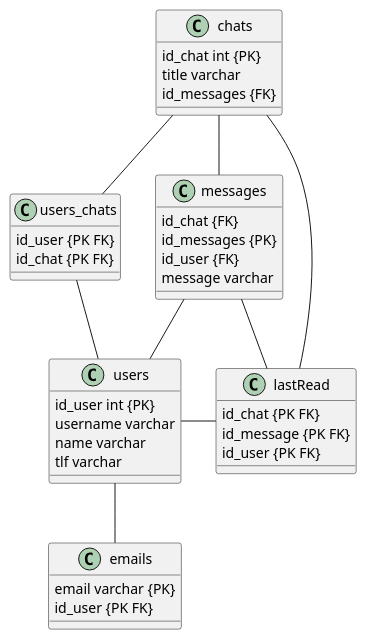
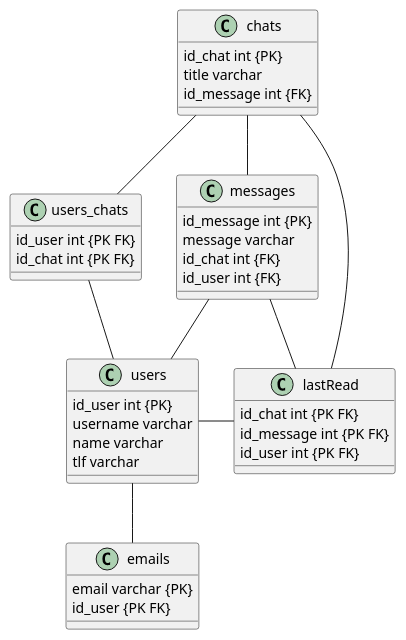
Before and after one commit to freebattie/pg209exam-freebattie: the diagram in documentation/db_ER-model.puml, drawn with PlantUML. The commit also changed 11 other files, not shown here.

```diff
--- a/documentation/db_ER-model.puml
+++ b/documentation/db_ER-model.puml
@@ -1,52 +1,52 @@
 @startuml
 'https://plantuml.com/class-diagram
 
 chats  --  users_chats
 chats -- messages
 chats --- lastRead
 
 users_chats -- users
 
 messages -- users
 messages -- lastRead
 
 users - lastRead
 users -- emails
 
 class chats{
     id_chat int {PK}
     title varchar
-    id_messages {FK}
+    id_message int {FK}
 }
 
 class users_chats{
-    id_user {PK FK}
-    id_chat {PK FK}
+    id_user int {PK FK}
+    id_chat int {PK FK}
 }
 
 class messages {
-    id_chat {FK}
-    id_messages {PK}
-    id_user {FK}
+    id_message int {PK}
     message varchar
+    id_chat int {FK}
+    id_user int {FK}
 }
 
 class lastRead{
-    id_chat {PK FK}
-    id_message {PK FK}
-    id_user {PK FK}
+    id_chat int {PK FK}
+    id_message int {PK FK}
+    id_user int {PK FK}
 }
 
 class users {
     id_user int {PK}
     username varchar
     name varchar
     tlf varchar
 }
 
 class emails {
     email varchar {PK}
     id_user {PK FK}
 }
 
 @enduml
```
